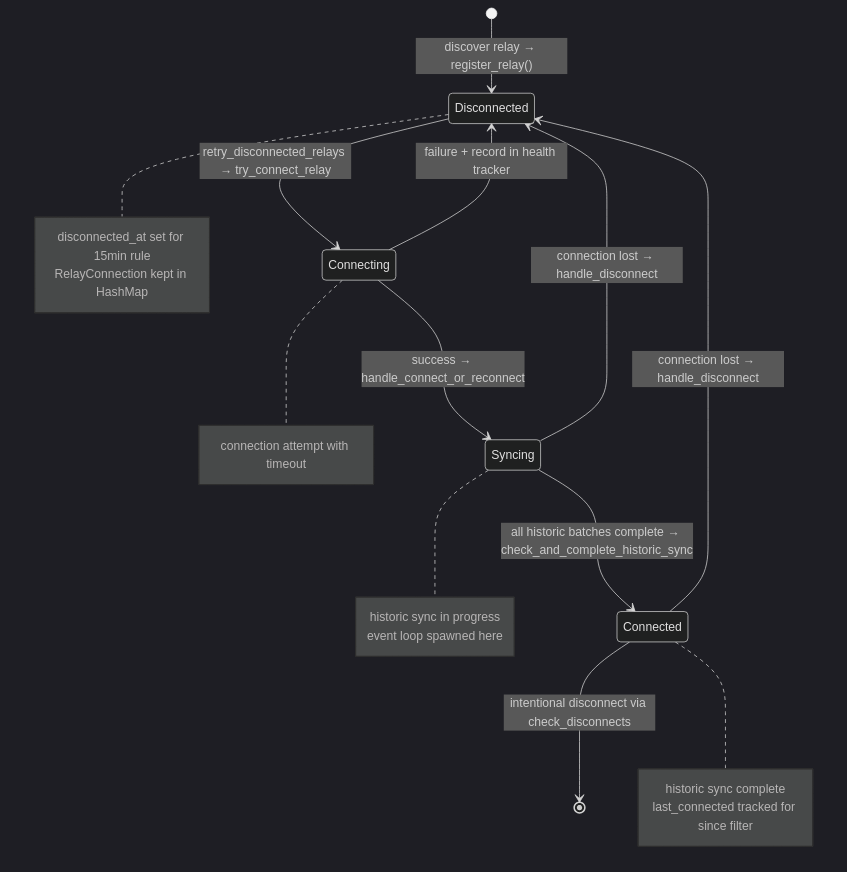
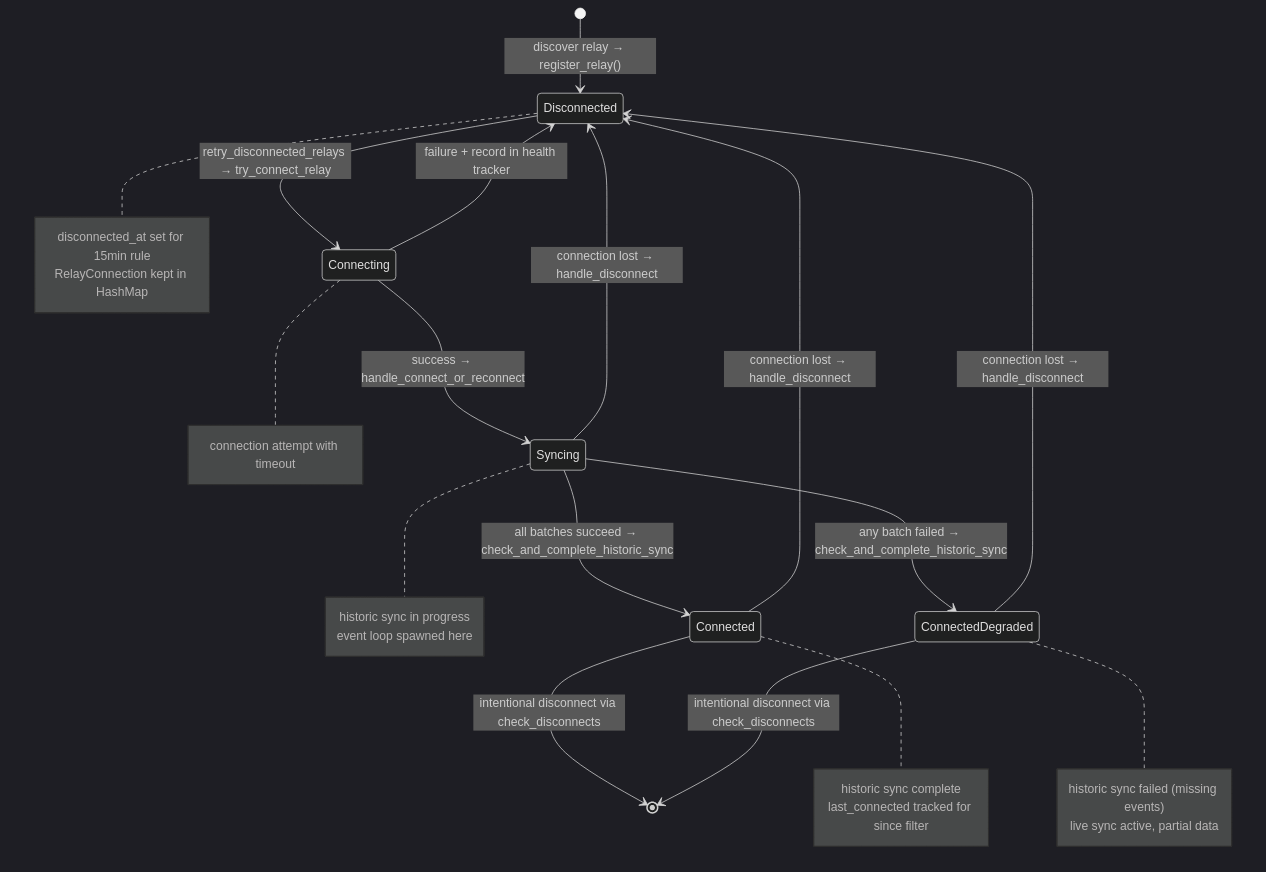
The first of 12 diagrams in docs/explanation/grasp-02-proactive-sync.md (Pleb5/ngit-grasp), drawn with Mermaid (dark theme) before and after one commit. The commit also changed other lines of this file and 4 other files, not shown here.

First line of the commit message:
feat(sync): add ConnectedDegraded status for failed historic sync

````diff
--- a/docs/explanation/grasp-02-proactive-sync.md
+++ b/docs/explanation/grasp-02-proactive-sync.md
@@ -204,16 +206,20 @@
 ```mermaid
 stateDiagram-v2
     [*] --> Disconnected: discover relay → register_relay()
     Disconnected --> Connecting: retry_disconnected_relays → try_connect_relay
     Connecting --> Syncing: success → handle_connect_or_reconnect
     Connecting --> Disconnected: failure + record in health tracker
-    Syncing --> Connected: all historic batches complete → check_and_complete_historic_sync
+    Syncing --> Connected: all batches succeed → check_and_complete_historic_sync
+    Syncing --> ConnectedDegraded: any batch failed → check_and_complete_historic_sync
     Syncing --> Disconnected: connection lost → handle_disconnect
     Connected --> Disconnected: connection lost → handle_disconnect
+    ConnectedDegraded --> Disconnected: connection lost → handle_disconnect
     Connected --> [*]: intentional disconnect via check_disconnects
+    ConnectedDegraded --> [*]: intentional disconnect via check_disconnects
 
     note right of Disconnected: disconnected_at set for 15min rule<br/>RelayConnection kept in HashMap
     note right of Connecting: connection attempt with timeout
     note right of Syncing: historic sync in progress<br/>event loop spawned here
     note right of Connected: historic sync complete<br/>last_connected tracked for since filter
+    note right of ConnectedDegraded: historic sync failed (missing events)<br/>live sync active, partial data
 ```
````
